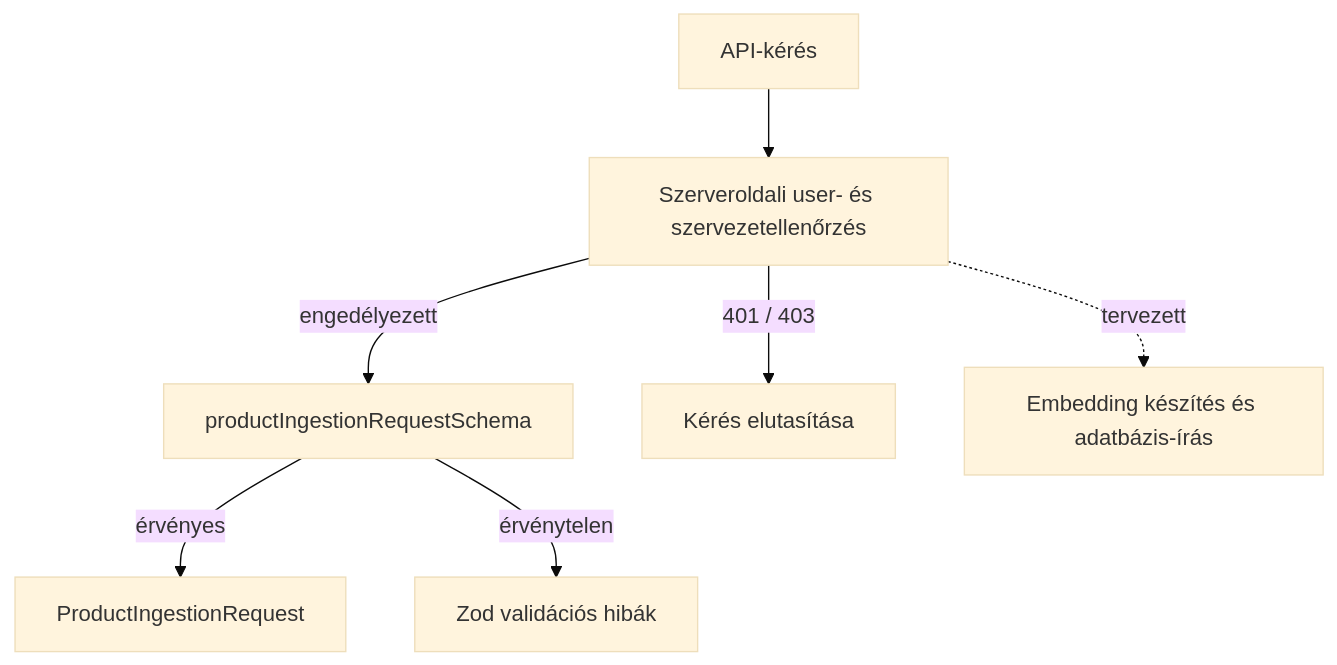
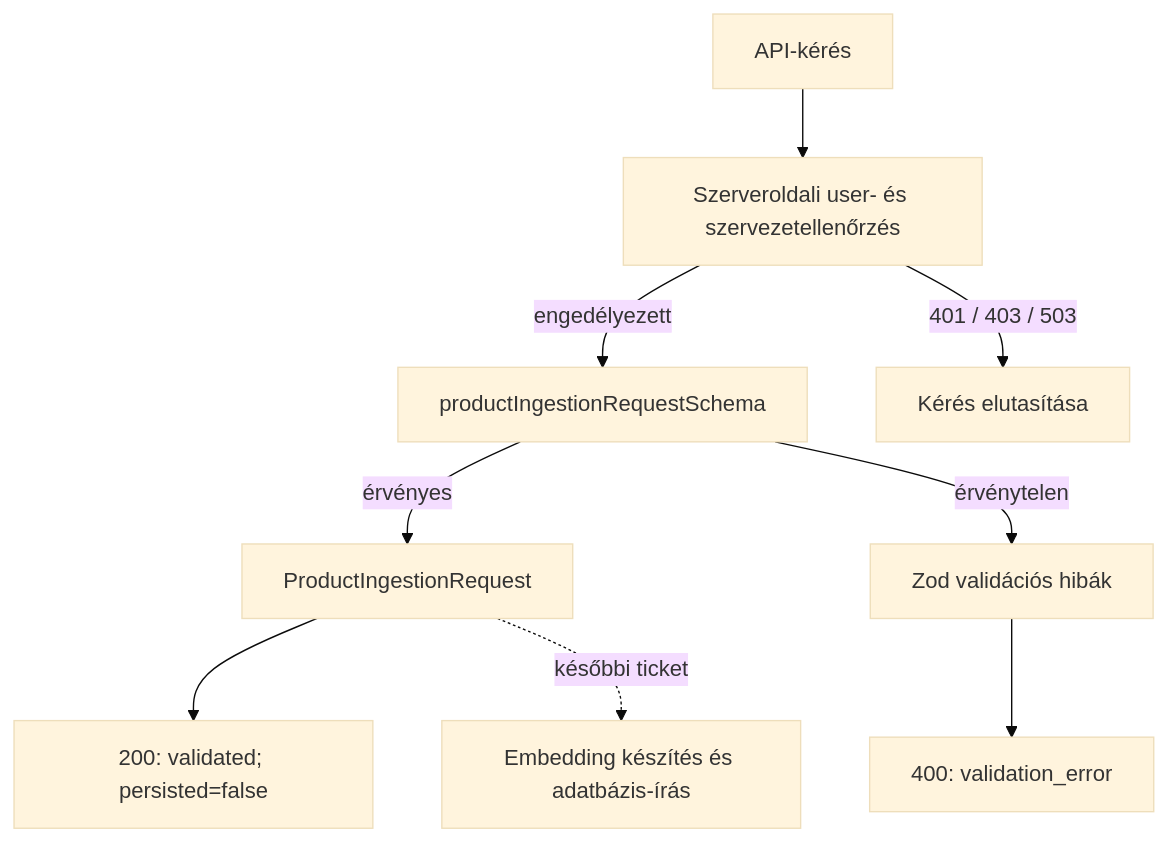
The second of 2 diagrams in docs/architecture/PRODUCT_INGESTION.md (Albertons03/commerce-v2), drawn with Mermaid (base theme) before and after one commit. The commit also changed other lines of this file and 4 other files, not shown here.

````diff
--- a/docs/architecture/PRODUCT_INGESTION.md
+++ b/docs/architecture/PRODUCT_INGESTION.md
@@ -58,9 +67,11 @@
 ```mermaid
 flowchart TD
   Input["API-kérés"] --> Auth["Szerveroldali user- és szervezetellenőrzés"]
   Auth -->|engedélyezett| Schema["productIngestionRequestSchema"]
-  Auth -->|401 / 403| Denied["Kérés elutasítása"]
+  Auth -->|401 / 403 / 503| Denied["Kérés elutasítása"]
   Schema -->|érvényes| Typed["ProductIngestionRequest"]
   Schema -->|érvénytelen| Issues["Zod validációs hibák"]
-  Auth -. "tervezett" .-> Ingest["Embedding készítés és adatbázis-írás"]
+  Typed --> Success["200: validated; persisted=false"]
+  Issues --> BadRequest["400: validation_error"]
+  Typed -. "későbbi ticket" .-> Ingest["Embedding készítés és adatbázis-írás"]
 ```
````
